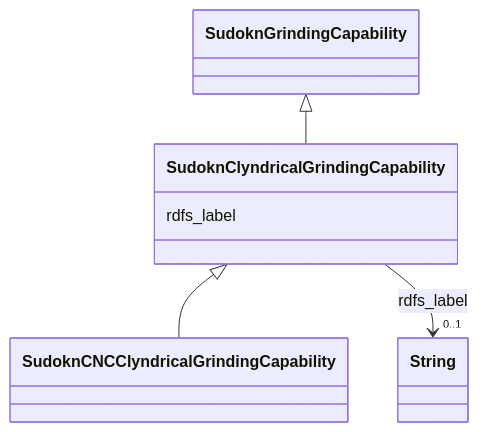
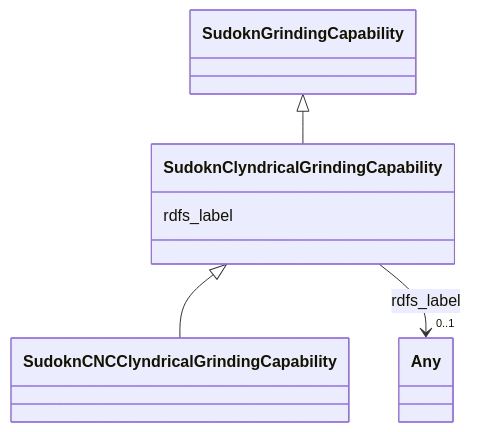
The diagram in sudokn-kg/classes/SudoknClyndricalGrindingCapability.md (frink-okn/graph-descriptions), drawn with Mermaid before and after one commit. The commit also changed other lines of this file and 903 other files, not shown here.

````diff
--- a/sudokn-kg/classes/SudoknClyndricalGrindingCapability.md
+++ b/sudokn-kg/classes/SudoknClyndricalGrindingCapability.md
@@ -23,23 +16,23 @@
 ```mermaid
  classDiagram
     class SudoknClyndricalGrindingCapability
     click SudoknClyndricalGrindingCapability href "../SudoknClyndricalGrindingCapability"
       SudoknGrindingCapability <|-- SudoknClyndricalGrindingCapability
         click SudoknGrindingCapability href "../SudoknGrindingCapability"
       
 
       SudoknClyndricalGrindingCapability <|-- SudoknCNCClyndricalGrindingCapability
         click SudoknCNCClyndricalGrindingCapability href "../SudoknCNCClyndricalGrindingCapability"
       
       
       SudoknClyndricalGrindingCapability : rdfs_label
         
           
     
     
-    SudoknClyndricalGrindingCapability --> "0..1" String : rdfs_label
-    click String href "../String"
+    SudoknClyndricalGrindingCapability --> "0..1" Any : rdfs_label
+    click Any href "../Any"
 
         
       
 ```
````
